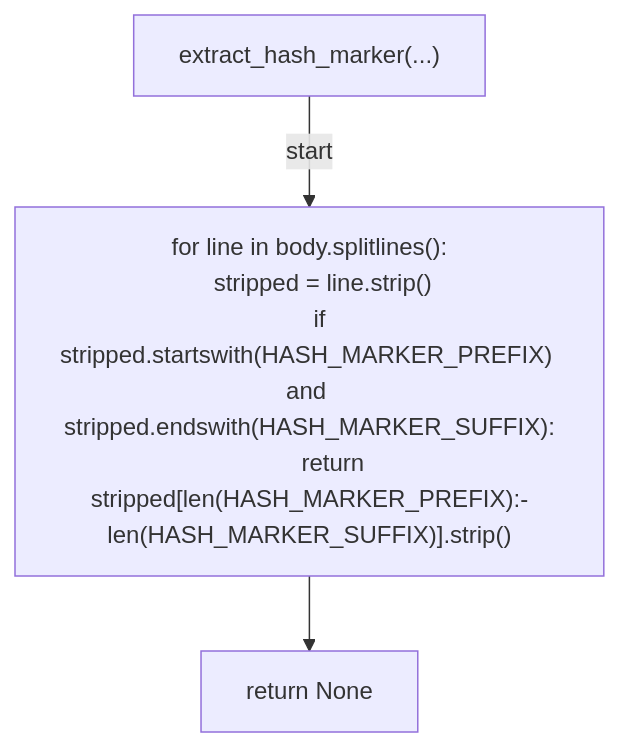
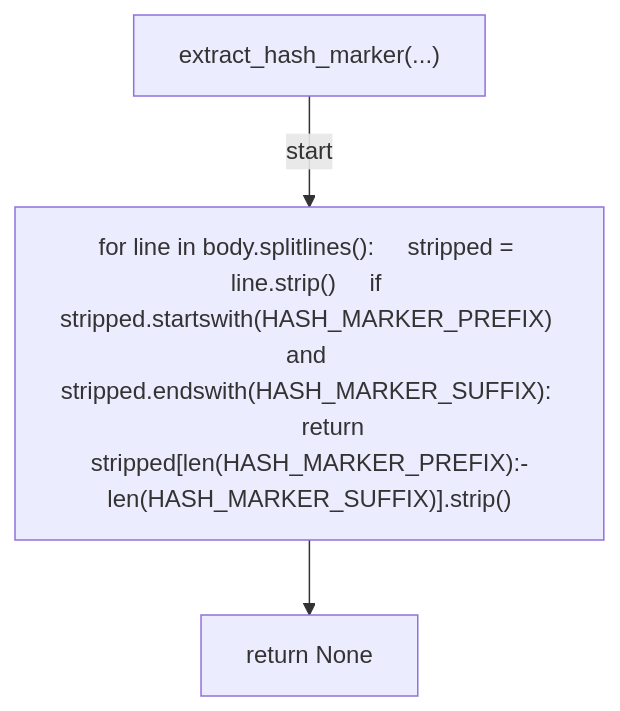
Before and after one commit to tvna/claude-md: the tenth of 38 diagrams in docs/generated/scripts/ast/ruleset_drift.md, drawn with Mermaid. The commit also changed other lines of this file and 29 other files, not shown here.

First line of the commit message:
docs(generated): regenerate decision tree and workflow diagrams (batch 3/5)

````diff
--- a/docs/generated/scripts/ast/ruleset_drift.md
+++ b/docs/generated/scripts/ast/ruleset_drift.md
@@ -147,11 +147,8 @@
 ```mermaid
 flowchart TD
     N001["extract_hash_marker(...)"]
-    N002["for line in body.splitlines():
-    stripped = line.strip()
-    if stripped.startswith(HASH_MARKER_PREFIX) and stripped.endswith(HASH_MARKER_SUFFIX):
-        return stripped[len(HASH_MARKER_PREFIX):-len(HASH_MARKER_SUFFIX)].strip()"]
+    N002["for line in body.splitlines():     stripped = line.strip()     if stripped.startswith(HASH_MARKER_PREFIX) and stripped.endswith(HASH_MARKER_SUFFIX):         return stripped[len(HASH_MARKER_PREFIX):-len(HASH_MARKER_SUFFIX)].strip()"]
     N003["return None"]
     N001 -->|"start"| N002
     N002 --> N003
 ```
````
